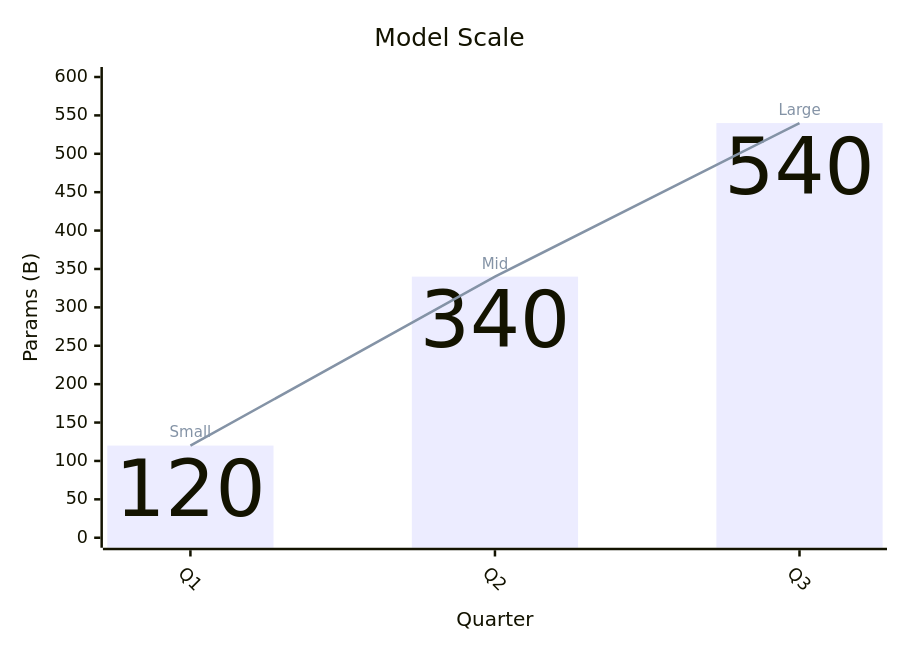
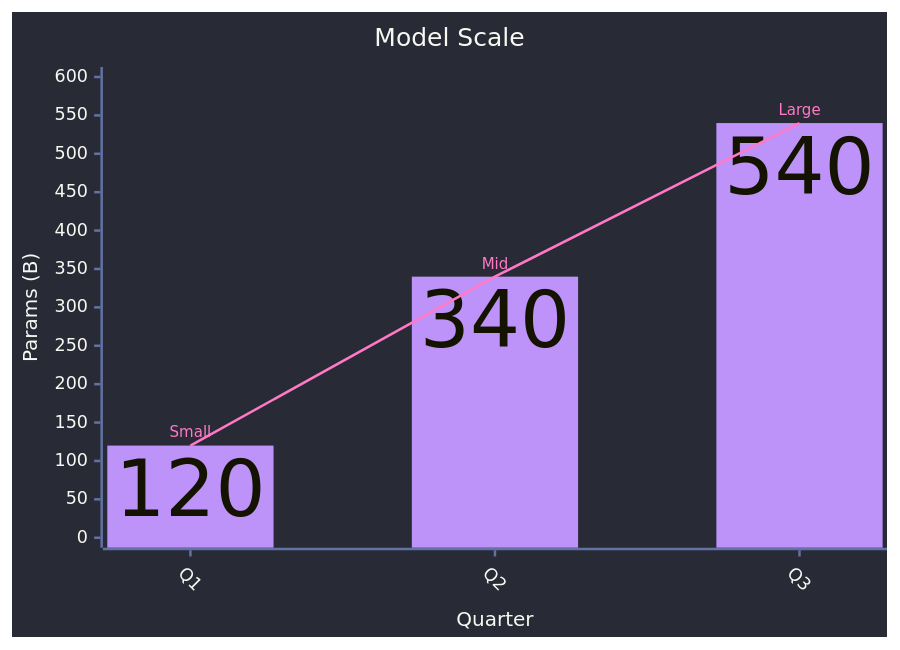
The eighth of 25 diagrams in .claude/skills/mermaid-diagramming/references/syntax-extended.md (bsamiee/Rasm), drawn with Mermaid before and after one commit. The commit also changed other lines of this file and 55 other files, not shown here.

````diff
--- a/.claude/skills/mermaid-diagramming/references/syntax-extended.md
+++ b/.claude/skills/mermaid-diagramming/references/syntax-extended.md
@@ -176,15 +224,30 @@
 ```mermaid
 ---
 config:
+  theme: base
+  themeVariables:
+    darkMode: true
+    xyChart:
+      backgroundColor: "#282A36"
+      titleColor: "#F8F8F2"
+      xAxisLabelColor: "#F8F8F2"
+      xAxisTitleColor: "#F8F8F2"
+      xAxisTickColor: "#6272A4"
+      xAxisLineColor: "#6272A4"
+      yAxisLabelColor: "#F8F8F2"
+      yAxisTitleColor: "#F8F8F2"
+      yAxisTickColor: "#6272A4"
+      yAxisLineColor: "#6272A4"
+      plotColorPalette: "#BD93F9, #FF79C6"
   xyChart:
     showDataLabel: true
     xAxis:
       labelRotation: 45
 ---
 xychart
   title "Model Scale"
   x-axis "Quarter" ["Q1", "Q2", "Q3"]
   y-axis "Params (B)" 0 --> 600
   bar [120, 340, 540]
   line [120 "Small", 340 "Mid", 540 "Large"]
 ```
````
